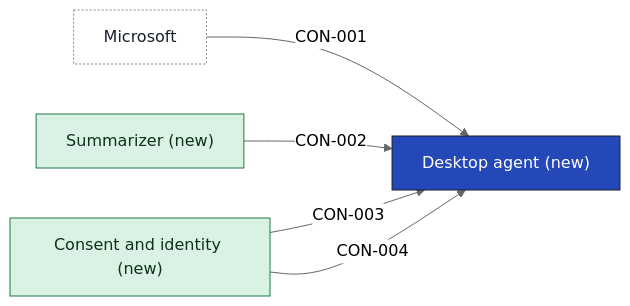
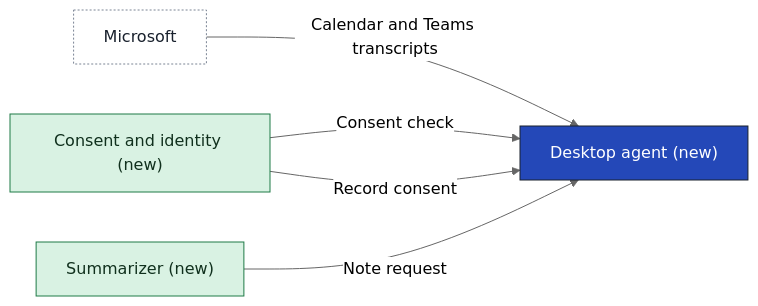
Before and after one commit to smalls257/vela: the diagram in tests/fixtures/team-skills/heron/05-building-blocks/desktop-agent-building-blocks.md, drawn with Mermaid (neutral theme). The commit also changed other lines of this file and 56 other files, not shown here.

````diff
--- a/tests/fixtures/team-skills/heron/05-building-blocks/desktop-agent-building-blocks.md
+++ b/tests/fixtures/team-skills/heron/05-building-blocks/desktop-agent-building-blocks.md
@@ -76,17 +76,17 @@
 ```mermaid
 flowchart LR
   n_APP_consent_and_identity["Consent and identity (new)"]
   n_APP_desktop_agent["Desktop agent (new)"]
   n_APP_summarizer["Summarizer (new)"]
   x_microsoft["Microsoft"]
-  x_microsoft -->|"CON-001"| n_APP_desktop_agent
-  n_APP_summarizer -->|"CON-002"| n_APP_desktop_agent
-  n_APP_consent_and_identity -->|"CON-003"| n_APP_desktop_agent
-  n_APP_consent_and_identity -->|"CON-004"| n_APP_desktop_agent
+  x_microsoft -->|"Calendar and Teams transcripts"| n_APP_desktop_agent
+  n_APP_consent_and_identity -->|"Consent check"| n_APP_desktop_agent
+  n_APP_summarizer -->|"Note request"| n_APP_desktop_agent
+  n_APP_consent_and_identity -->|"Record consent"| n_APP_desktop_agent
   classDef external fill:#ffffff,stroke:#7a8494,color:#19212d,stroke-dasharray:2 2
   classDef focus fill:#2448b8,stroke:#19212d,color:#ffffff
   classDef new fill:#d9f2e3,stroke:#1e7a46,color:#10301d
   class x_microsoft external
   class n_APP_desktop_agent focus
   class n_APP_consent_and_identity,n_APP_summarizer new
 ```
````
